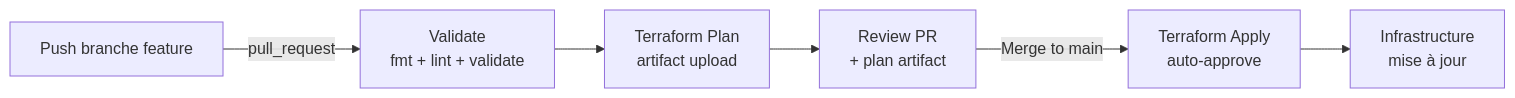
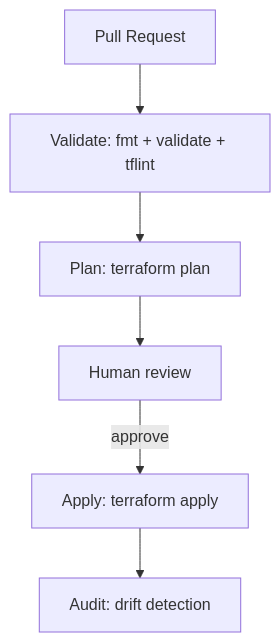
One commit to msellamiTN/Snowflake-terraform changed the second of 2 diagrams in courses/day-02/module-07-cicd-pipeline/lab.md. Above: the diagram before and after it, drawn with Mermaid. The commit also changed other lines of this file and 10 other files, not shown here.

````diff
--- a/courses/day-02/module-07-cicd-pipeline/lab.md
+++ b/courses/day-02/module-07-cicd-pipeline/lab.md
@@ -63,8 +24,8 @@
 ```mermaid
-flowchart LR
-    PR[Push branche feature] -->|pull_request| Validate[Validate<br/>fmt + lint + validate]
-    Validate --> Plan[Terraform Plan<br/>artifact upload]
-    Plan --> Review[Review PR<br/>+ plan artifact]
-    Review -->|Merge to main| Apply[Terraform Apply<br/>auto-approve]
-    Apply --> Snowflake[Infrastructure<br/>mise à jour]
+flowchart TD
+    PR[Pull Request] --> VALIDATE[Validate: fmt + validate + tflint]
+    VALIDATE --> PLAN[Plan: terraform plan]
+    PLAN --> REVIEW[Human review]
+    REVIEW -->|approve| APPLY[Apply: terraform apply]
+    APPLY --> AUDIT[Audit: drift detection]
 ```
````
